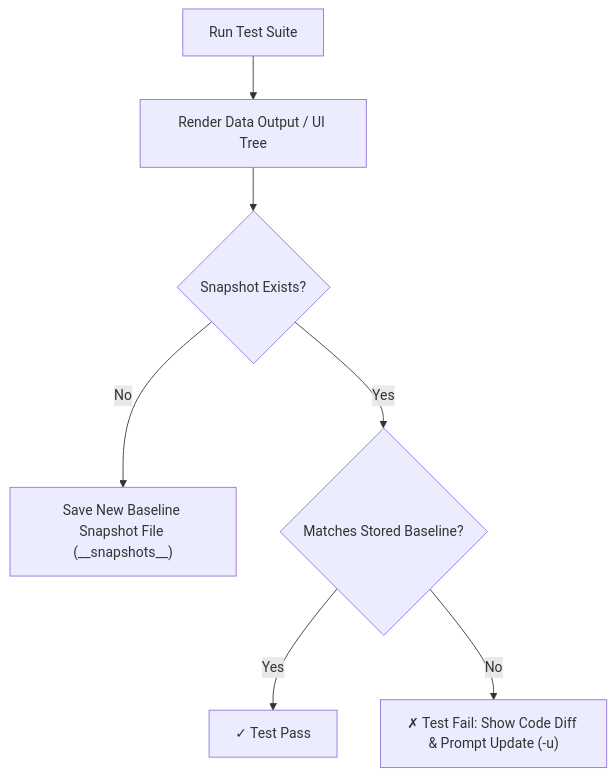
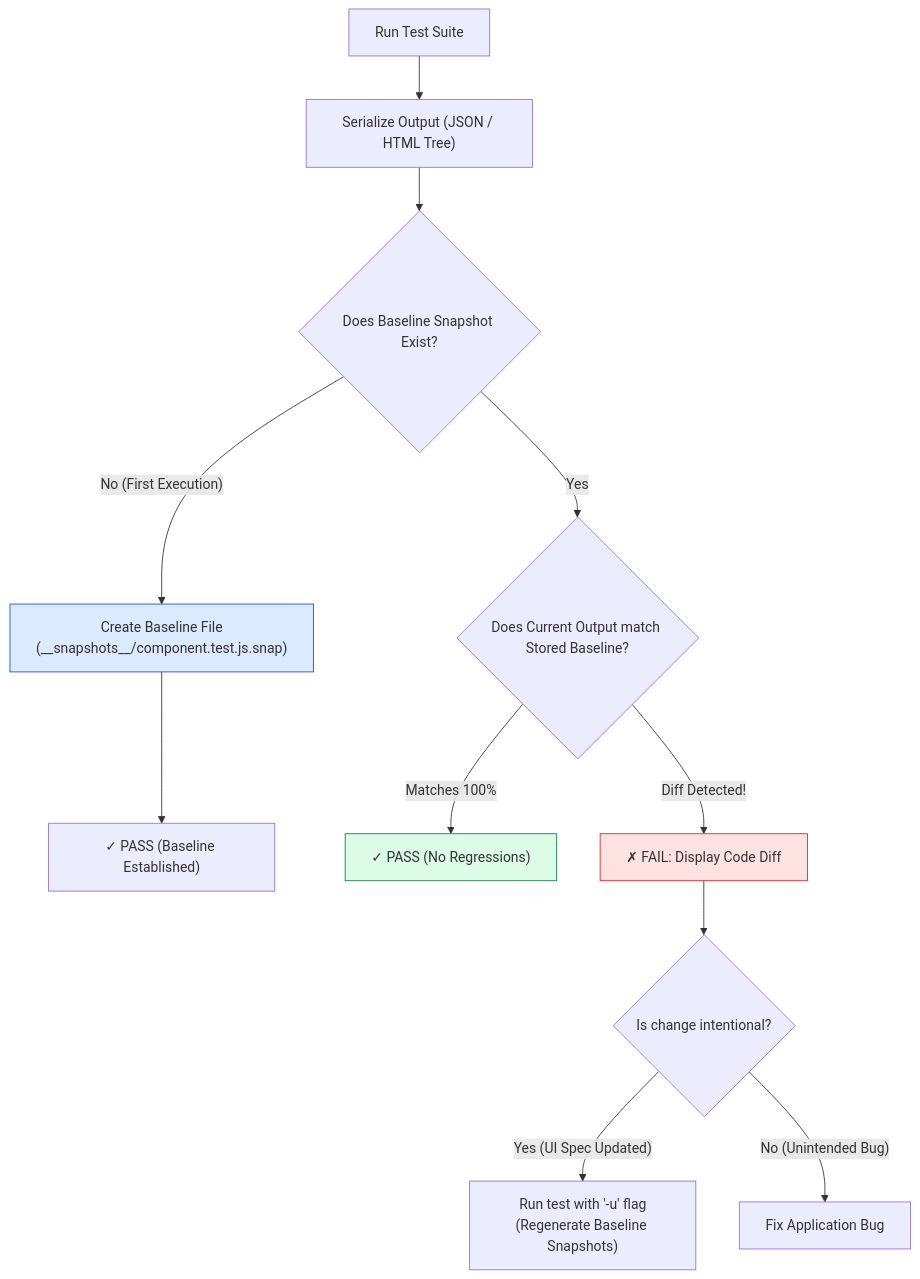
One commit to Amie-dev/engineering-playbook changed the first of 2 diagrams in js-testing/09-snapshot-testing.md. Above: the diagram before and after it, drawn with Mermaid. The commit also changed other lines of this file and 14 other files, not shown here.

First line of the commit message:
refactor: Enhance integration testing documentation with detailed architecture, testing levels comparison, and code examples

````diff
--- a/js-testing/09-snapshot-testing.md
+++ b/js-testing/09-snapshot-testing.md
@@ -10,9 +17,21 @@
 ```mermaid
 flowchart TD
-    Run[Run Test Suite] --> Render["Render Data Output / UI Tree"]
-    Render --> Check{Snapshot Exists?}
-    Check -- No --> Save["Save New Baseline Snapshot File (__snapshots__)"]
-    Check -- Yes --> Compare{Matches Stored Baseline?}
-    Compare -- Yes --> Pass[✓ Test Pass]
-    Compare -- No --> Fail["✗ Test Fail: Show Code Diff & Prompt Update (-u)"]
+    Run[Run Test Suite] --> Render["Serialize Output (JSON / HTML Tree)"]
+    Render --> Check{Does Baseline Snapshot Exist?}
+
+    Check -- "No (First Execution)" --> Create["Create Baseline File<br/>(__snapshots__/component.test.js.snap)"]
+    Create --> PassFirst["✓ PASS (Baseline Established)"]
+
+    Check -- "Yes" --> DiffCheck{Does Current Output match Stored Baseline?}
+    
+    DiffCheck -- "Matches 100%" --> Pass["✓ PASS (No Regressions)"]
+    DiffCheck -- "Diff Detected!" --> Fail["✗ FAIL: Display Code Diff"]
+
+    Fail --> UserDecision{Is change intentional?}
+    UserDecision -- "Yes (UI Spec Updated)" --> Update["Run test with '-u' flag<br/>(Regenerate Baseline Snapshots)"]
+    UserDecision -- "No (Unintended Bug)" --> Fix["Fix Application Bug"]
+
+    style Create fill:#dbeafe,stroke:#1d4ed8
+    style Pass fill:#dcfce7,stroke:#15803d
+    style Fail fill:#fee2e2,stroke:#dc2626
 ```
````
